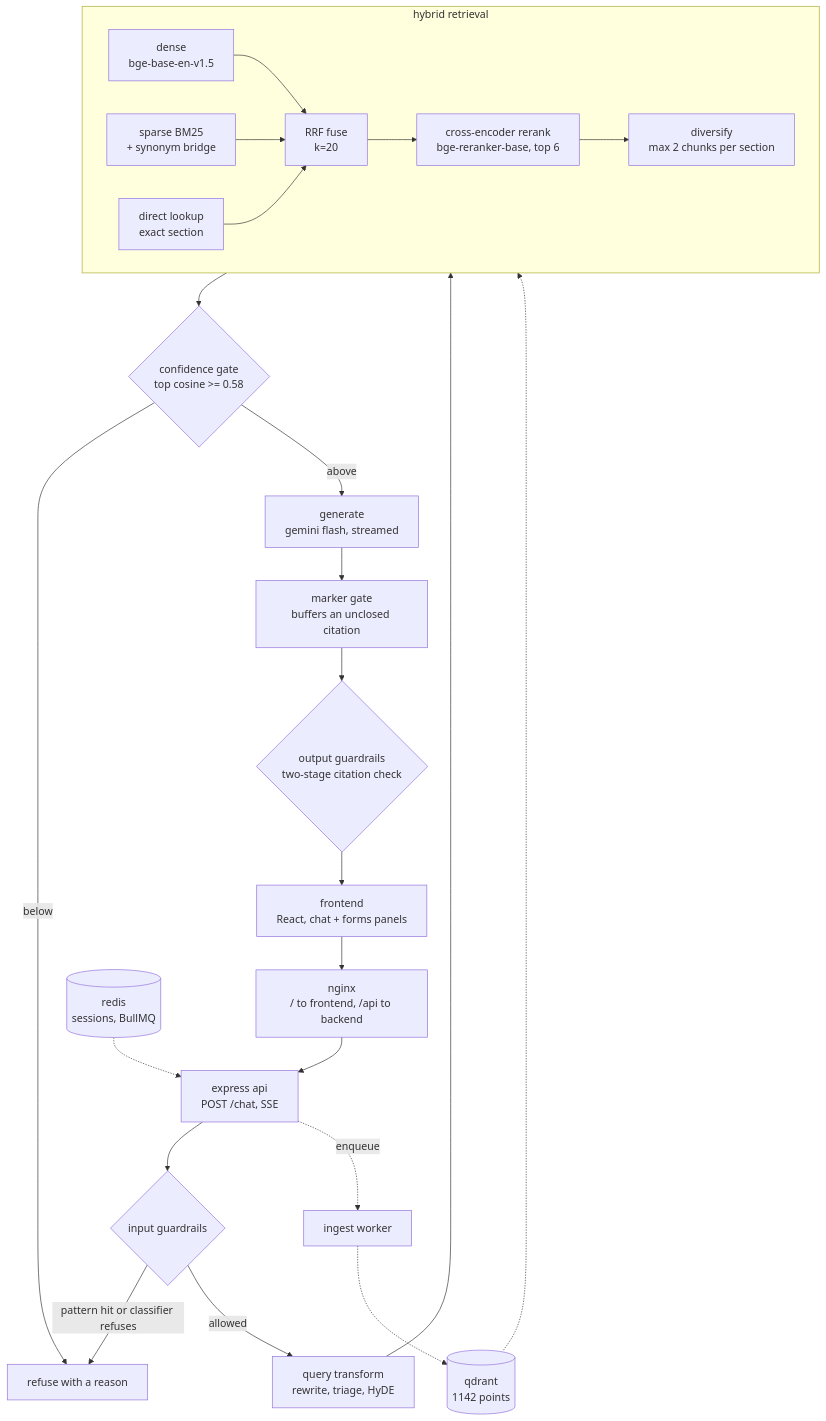
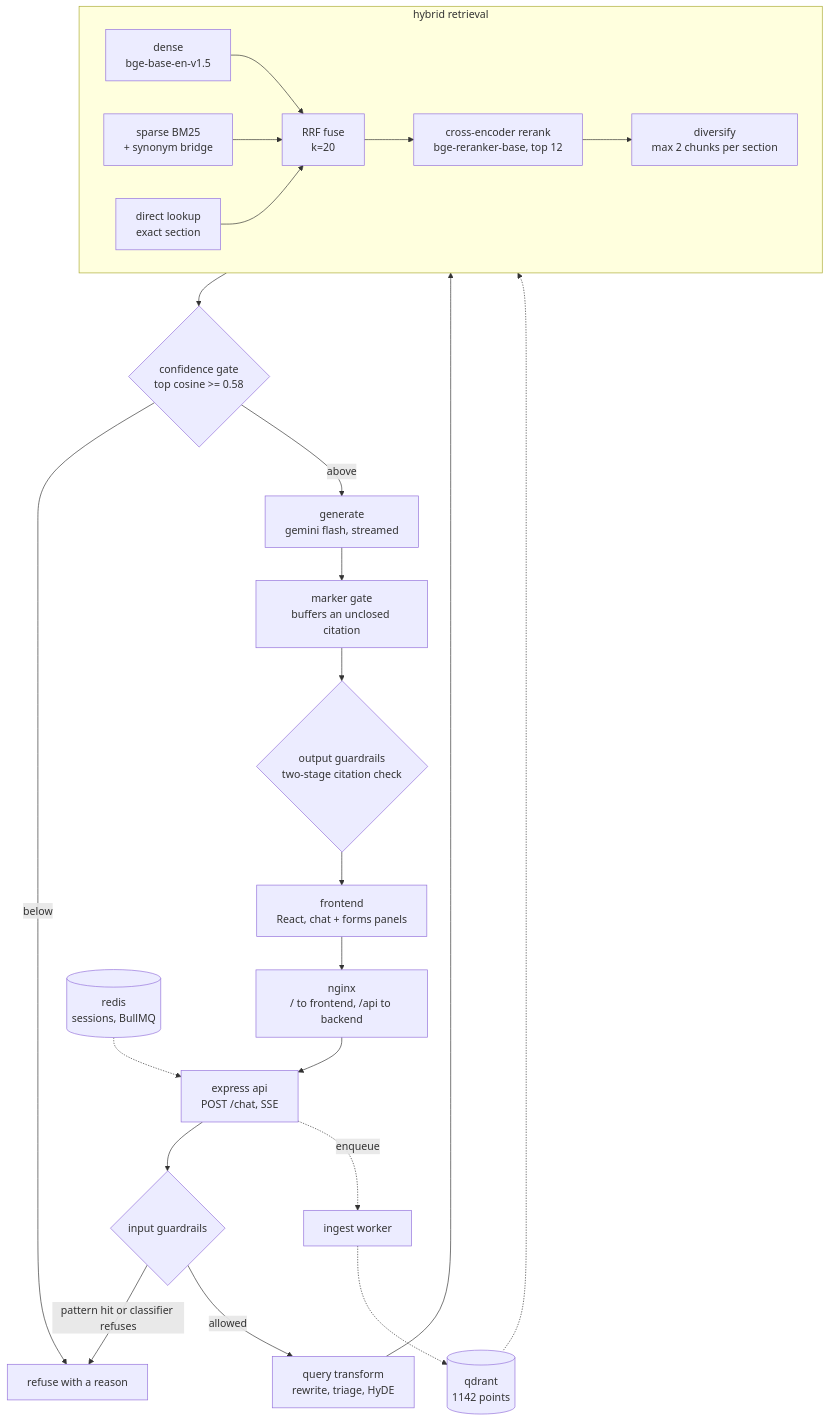
Before and after one commit to invincibleRD/nyaya-legal-rag: the diagram in ARCHITECTURE.md, drawn with Mermaid. The commit also changed 9 other files, not shown here.

````diff
--- a/ARCHITECTURE.md
+++ b/ARCHITECTURE.md
@@ -9,33 +9,33 @@
 ```mermaid
 flowchart TD
     FE[frontend<br/>React, chat + forms panels] --> NG[nginx<br/>/ to frontend, /api to backend]
     NG --> API[express api<br/>POST /chat, SSE]
 
     API --> IG{input guardrails}
     IG -->|pattern hit or classifier refuses| REF[refuse with a reason]
     IG -->|allowed| QT[query transform<br/>rewrite, triage, HyDE]
 
     QT --> HR[hybrid retrieval]
 
     subgraph HR [hybrid retrieval]
         direction LR
         D[dense<br/>bge-base-en-v1.5] --> F[RRF fuse<br/>k=20]
         S[sparse BM25<br/>+ synonym bridge] --> F
         L[direct lookup<br/>exact section] --> F
-        F --> RR[cross-encoder rerank<br/>bge-reranker-base, top 6]
+        F --> RR[cross-encoder rerank<br/>bge-reranker-base, top 12]
         RR --> DV[diversify<br/>max 2 chunks per section]
     end
 
     HR --> CG{confidence gate<br/>top cosine >= 0.58}
     CG -->|below| REF
     CG -->|above| GEN[generate<br/>gemini flash, streamed]
 
     GEN --> MG[marker gate<br/>buffers an unclosed citation]
     MG --> OG{output guardrails<br/>two-stage citation check}
     OG --> FE
 
     QD[(qdrant<br/>1142 points)] -.-> HR
     RD[(redis<br/>sessions, BullMQ)] -.-> API
     W[ingest worker] -.-> QD
     API -.enqueue.-> W
 ```
````
